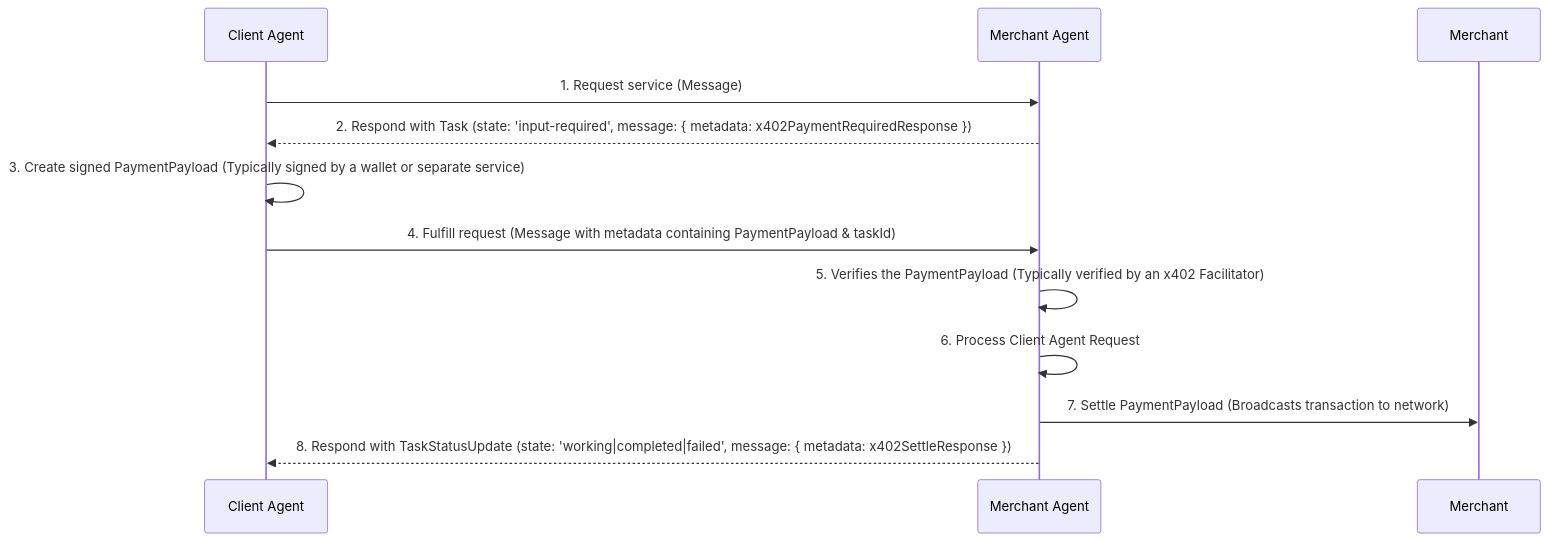
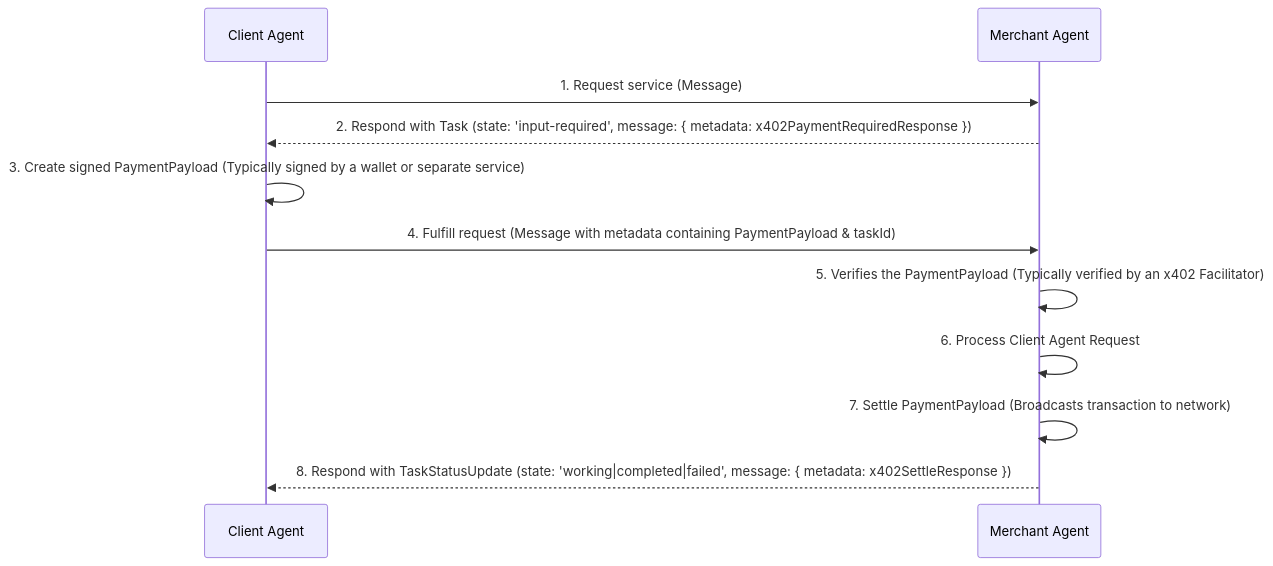
Before and after one commit to google-agentic-commerce/a2a-x402: the first of 2 diagrams in v0.1/spec.md, drawn with Mermaid.

````diff
--- a/v0.1/spec.md
+++ b/v0.1/spec.md
@@ -73,14 +73,14 @@
 ```mermaid
 sequenceDiagram
     participant Client Agent
     participant Merchant Agent
     Client Agent->>Merchant Agent: 1. Request service (Message)
     Merchant Agent-->>Client Agent: 2. Respond with Task (state: 'input-required', message: { metadata: x402PaymentRequiredResponse })
     Client Agent->>Client Agent: 3. Create signed PaymentPayload (Typically signed by a wallet or separate service)
     Client Agent->>Merchant Agent: 4. Fulfill request (Message with metadata containing PaymentPayload & taskId)
     Merchant Agent->>Merchant Agent: 5. Verifies the PaymentPayload (Typically verified by an x402 Facilitator)
     Merchant Agent->>Merchant Agent: 6. Process Client Agent Request
-    Merchant Agent->>Merchant: 7. Settle PaymentPayload	(Broadcasts transaction to network) 
+    Merchant Agent->>Merchant Agent: 7. Settle PaymentPayload	(Broadcasts transaction to network) 
     Merchant Agent-->>Client Agent: 8. Respond with TaskStatusUpdate (state: 'working|completed|failed', message: { metadata: x402SettleResponse })
 
 ```
````
